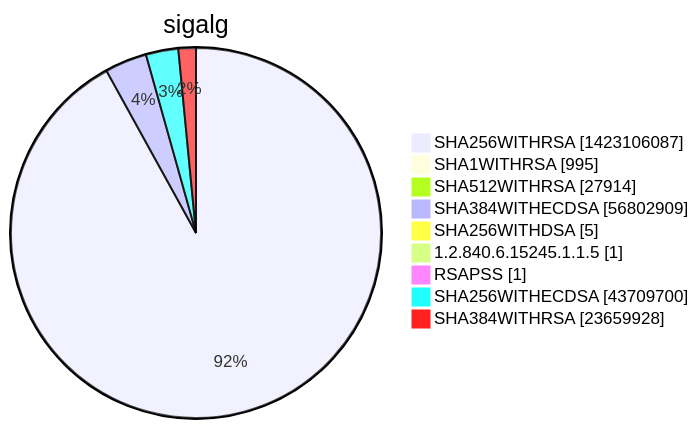
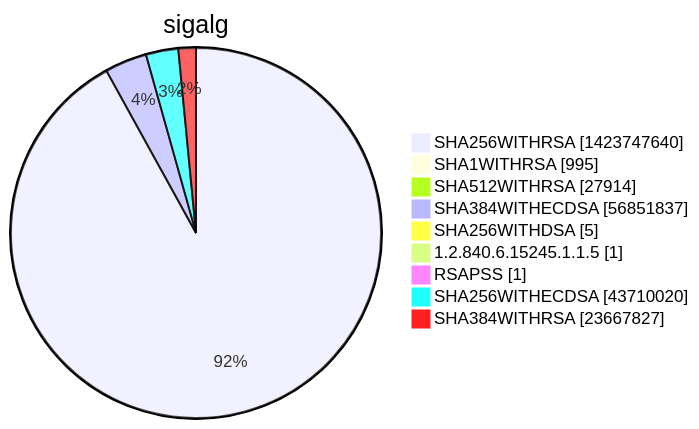
Before and after one commit to christiankrug/ctmonitor_visualization: diagram 15 of 15 in xenon2022/README.md, drawn with Mermaid. The commit also changed other lines of this file, not shown here.

````diff
--- a/xenon2022/README.md
+++ b/xenon2022/README.md
@@ -5858,13 +5858,13 @@
 ```mermaid
 pie showData
 title sigalg
-"SHA256WITHRSA" :1423106087
+"SHA256WITHRSA" :1423747640
 "SHA1WITHRSA" :995
 "SHA512WITHRSA" :27914
-"SHA384WITHECDSA" :56802909
+"SHA384WITHECDSA" :56851837
 "SHA256WITHDSA" :5
 "1.2.840.6.15245.1.1.5" :1
 "RSAPSS" :1
-"SHA256WITHECDSA" :43709700
-"SHA384WITHRSA" :23659928
+"SHA256WITHECDSA" :43710020
+"SHA384WITHRSA" :23667827
 ```
````
